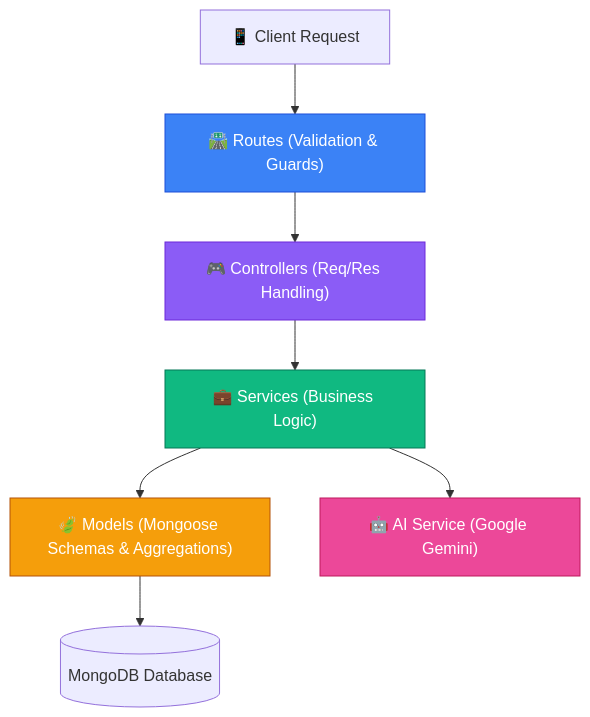
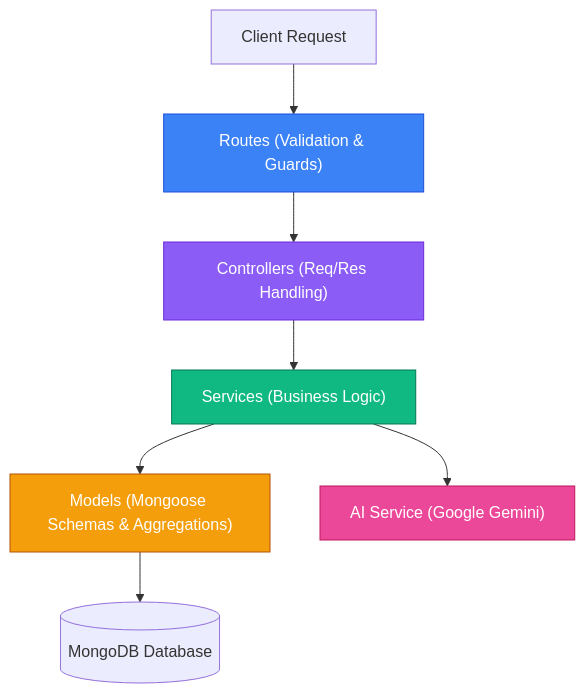
The second of 2 diagrams in README.md (silasade/expense-tracker-api), drawn with Mermaid before and after one commit. The commit also changed other lines of this file, not shown here.

````diff
--- a/README.md
+++ b/README.md
@@ -79,15 +79,15 @@
 ```mermaid
 flowchart TD
-    Client["📱 Client Request"] --> Routes["🛣️ Routes (Validation & Guards)"]
-    Routes --> Controllers["🎮 Controllers (Req/Res Handling)"]
-    Controllers --> Services["💼 Services (Business Logic)"]
-    Services --> Models["🍃 Models (Mongoose Schemas & Aggregations)"]
-    Services --> Gemini["🤖 AI Service (Google Gemini)"]
+    Client["Client Request"] --> Routes["Routes (Validation & Guards)"]
+    Routes --> Controllers["Controllers (Req/Res Handling)"]
+    Controllers --> Services["Services (Business Logic)"]
+    Services --> Models["Models (Mongoose Schemas & Aggregations)"]
+    Services --> Gemini["AI Service (Google Gemini)"]
     Models --> MongoDB[("MongoDB Database")]
 
     style Routes fill:#3b82f6,stroke:#1d4ed8,color:#fff
     style Controllers fill:#8b5cf6,stroke:#6d28d9,color:#fff
     style Services fill:#10b981,stroke:#047857,color:#fff
     style Models fill:#f59e0b,stroke:#b45309,color:#fff
     style Gemini fill:#ec4899,stroke:#be185d,color:#fff
 ```
````
